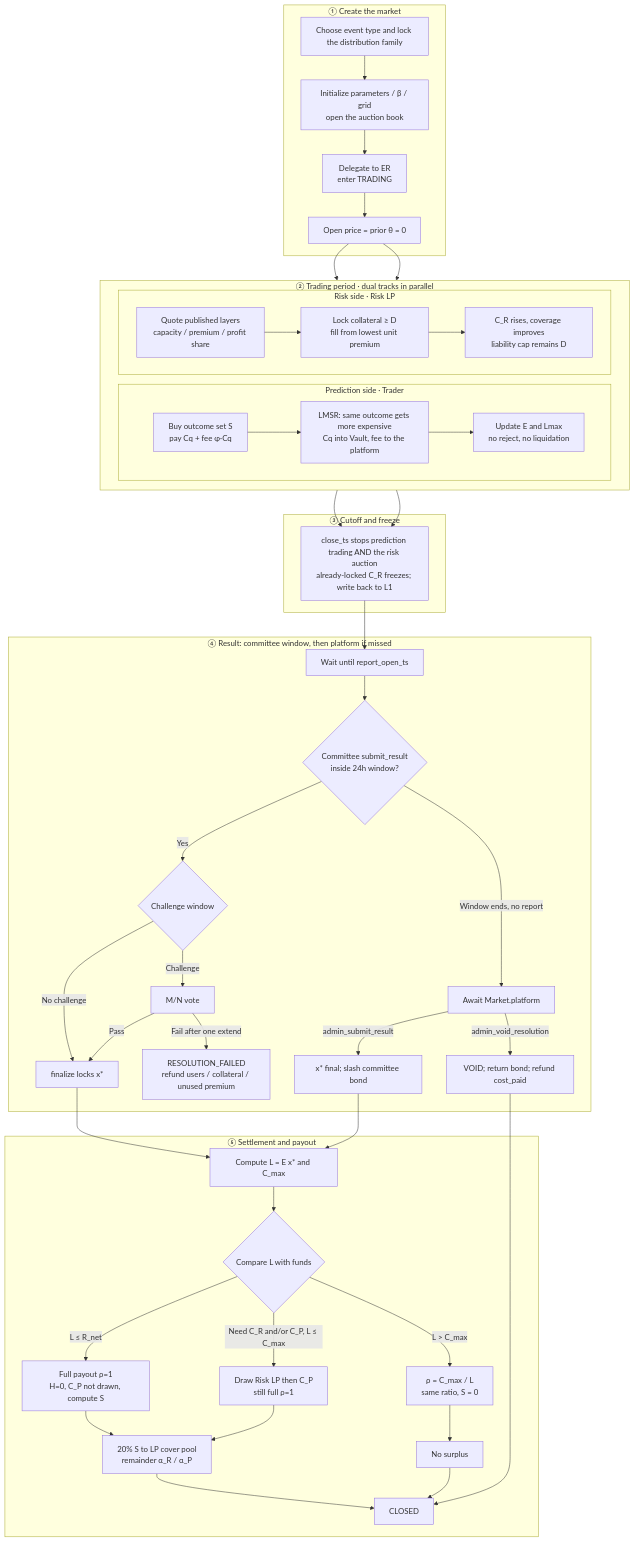
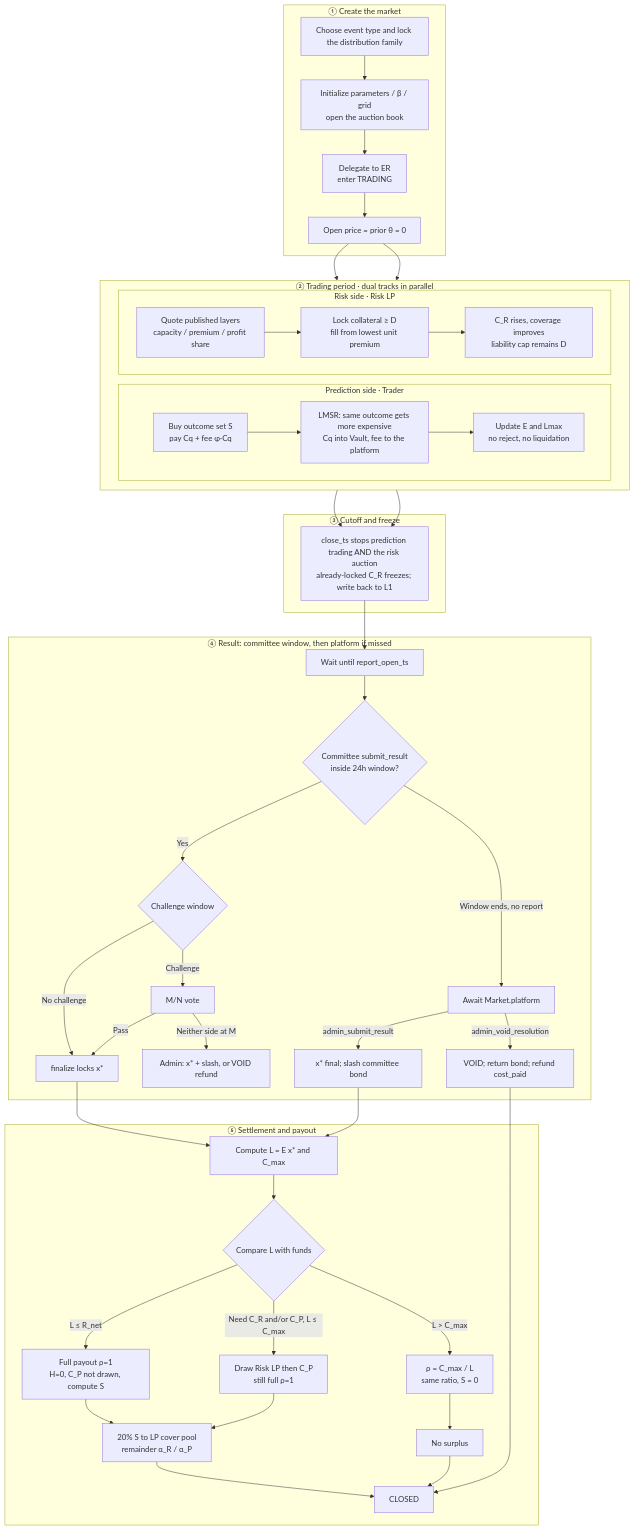
One commit to bamaao/continuous-pdf-prediction-market changed the diagram in docs/product-specification.md. Above: the diagram before and after it, drawn with Mermaid. The commit also changed other lines of this file and 10 other files, not shown here.

First line of the commit message:
Limit committee VOID to before close and hand failed votes to the platform.

````diff
--- a/docs/product-specification.md
+++ b/docs/product-specification.md
@@ -433,60 +433,60 @@
 ```mermaid
 flowchart TB
   subgraph P1["① Create the market"]
     A1[Choose event type and lock the distribution family] --> A2[Initialize parameters / β / grid<br/>open the auction book]
     A2 --> A3[Delegate to ER<br/>enter TRADING]
     A3 --> A4[Open price = prior θ = 0]
   end
 
   subgraph P2["② Trading period · dual tracks in parallel"]
     direction LR
     subgraph T["Prediction side · Trader"]
       T1[Buy outcome set S<br/>pay Cq + fee φ·Cq] --> T2[LMSR: same outcome gets more expensive<br/>Cq into Vault, fee to the platform]
       T2 --> T3[Update E and Lmax<br/>no reject, no liquidation]
     end
     subgraph R["Risk side · Risk LP"]
       R1[Quote published layers<br/>capacity / premium / profit share] --> R2[Lock collateral ≥ D<br/>fill from lowest unit premium]
       R2 --> R3[C_R rises, coverage improves<br/>liability cap remains D]
     end
   end
 
   A4 --> T1
   A4 --> R1
 
   subgraph P3["③ Cutoff and freeze"]
     C1[close_ts stops prediction trading AND the risk auction<br/>already-locked C_R freezes; write back to L1]
   end
 
   T3 --> C1
   R3 --> C1
 
   subgraph P4["④ Result: committee window, then platform if missed"]
     D1[Wait until report_open_ts] --> D2{Committee submit_result<br/>inside 24h window?}
     D2 -->|Yes| D3{Challenge window}
     D3 -->|No challenge| D4[finalize locks x*]
     D3 -->|Challenge| D5[M/N vote]
     D5 -->|Pass| D4
-    D5 -->|Fail after one extend| D6[RESOLUTION_FAILED<br/>refund users / collateral / unused premium]
+    D5 -->|Neither side at M| D6[Admin: x* + slash, or VOID refund]
     D2 -->|Window ends, no report| D7[Await Market.platform]
     D7 -->|admin_submit_result| D8[x* final; slash committee bond]
     D7 -->|admin_void_resolution| D9[VOID; return bond; refund cost_paid]
   end
 
   C1 --> D1
 
   subgraph P5["⑤ Settlement and payout"]
     E1[Compute L = E x* and C_max] --> E2{Compare L with funds}
     E2 -->|L ≤ R_net| E3[Full payout ρ=1<br/>H=0, C_P not drawn, compute S]
     E2 -->|Need C_R and/or C_P, L ≤ C_max| E4[Draw Risk LP then C_P<br/>still full ρ=1]
     E2 -->|L > C_max| E5[ρ = C_max / L<br/>same ratio, S = 0]
     E3 --> E6[20% S to LP cover pool<br/>remainder α_R / α_P]
     E4 --> E6
     E5 --> E7[No surplus]
     E6 --> E8[CLOSED]
     E7 --> E8
   end
 
   D4 --> E1
   D8 --> E1
   D9 --> E8
 ```
````
